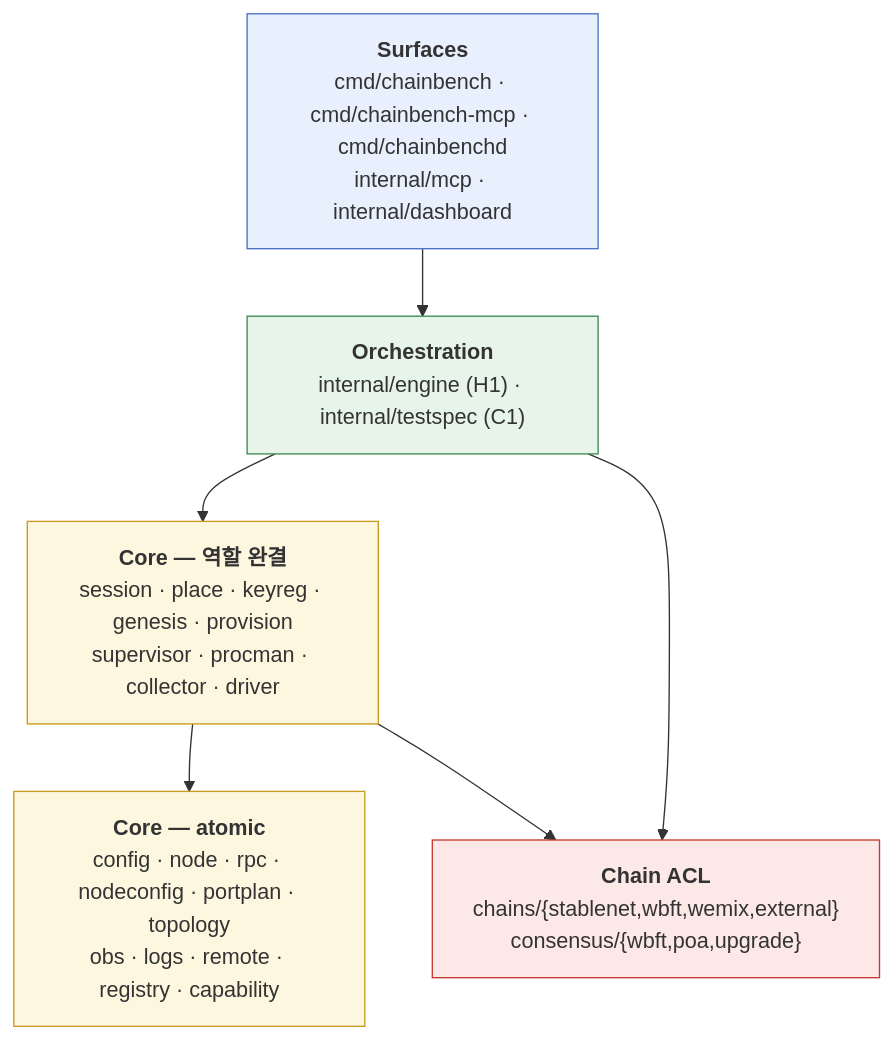
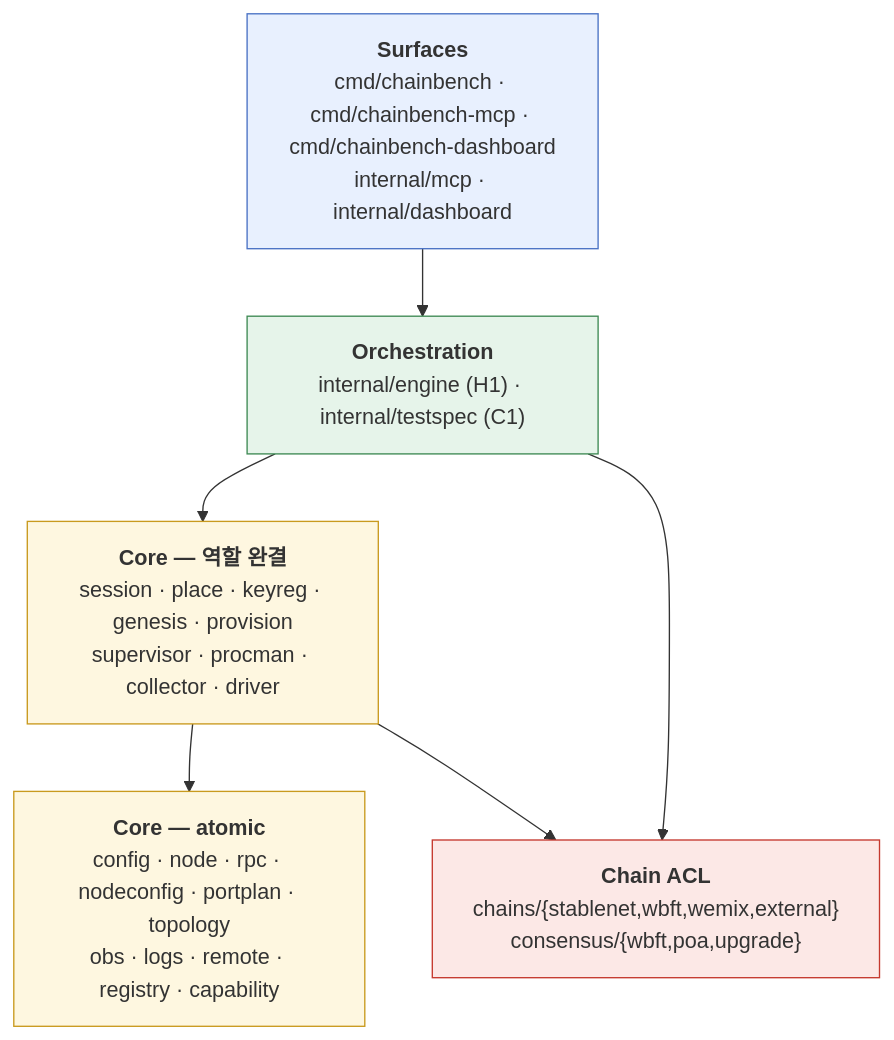
The second of 5 diagrams in docs/dev/architecture/software-architecture.md (0xmhha/chainbench), drawn with Mermaid before and after one commit. The commit also changed 18 other files, not shown here.

First line of the commit message:
refactor: rename chainbenchd to chainbench-dashboard (#258)

````diff
--- a/docs/dev/architecture/software-architecture.md
+++ b/docs/dev/architecture/software-architecture.md
@@ -63,17 +63,17 @@
 ```mermaid
 graph TD
   classDef surface fill:#e8f0fe,stroke:#4a72c4
   classDef orch fill:#e6f4ea,stroke:#3f8a54
   classDef core fill:#fef7e0,stroke:#c99a1e
   classDef acl fill:#fce8e6,stroke:#c5392e
 
-  S["<b>Surfaces</b><br/>cmd/chainbench · cmd/chainbench-mcp · cmd/chainbenchd<br/>internal/mcp · internal/dashboard"]:::surface
+  S["<b>Surfaces</b><br/>cmd/chainbench · cmd/chainbench-mcp · cmd/chainbench-dashboard<br/>internal/mcp · internal/dashboard"]:::surface
   O["<b>Orchestration</b><br/>internal/engine (H1) · internal/testspec (C1)"]:::orch
   M["<b>Core — 역할 완결</b><br/>session · place · keyreg · genesis · provision<br/>supervisor · procman · collector · driver"]:::core
   L["<b>Core — atomic</b><br/>config · node · rpc · nodeconfig · portplan · topology<br/>obs · logs · remote · registry · capability"]:::core
   A["<b>Chain ACL</b><br/>chains/{stablenet,wbft,wemix,external}<br/>consensus/{wbft,poa,upgrade}"]:::acl
 
   S --> O --> M --> L
   M --> A
   O --> A
 ```
````
